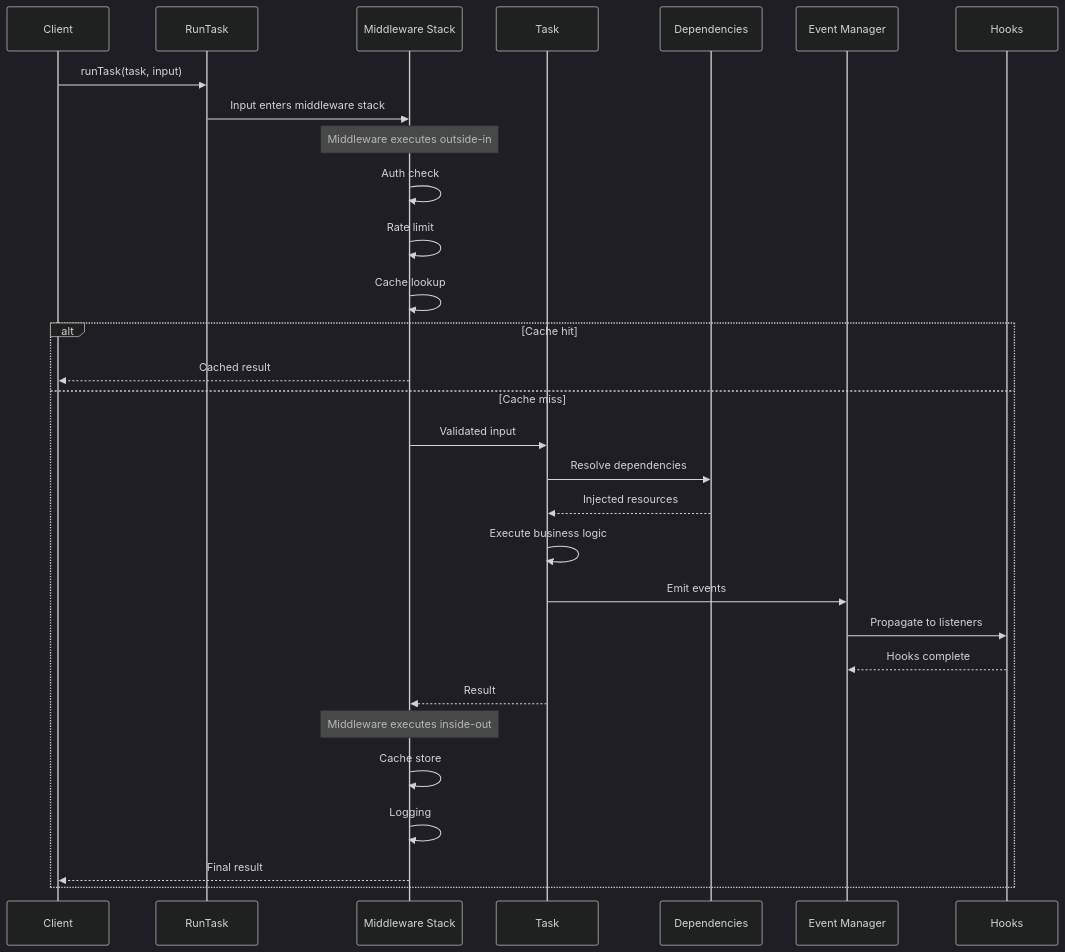
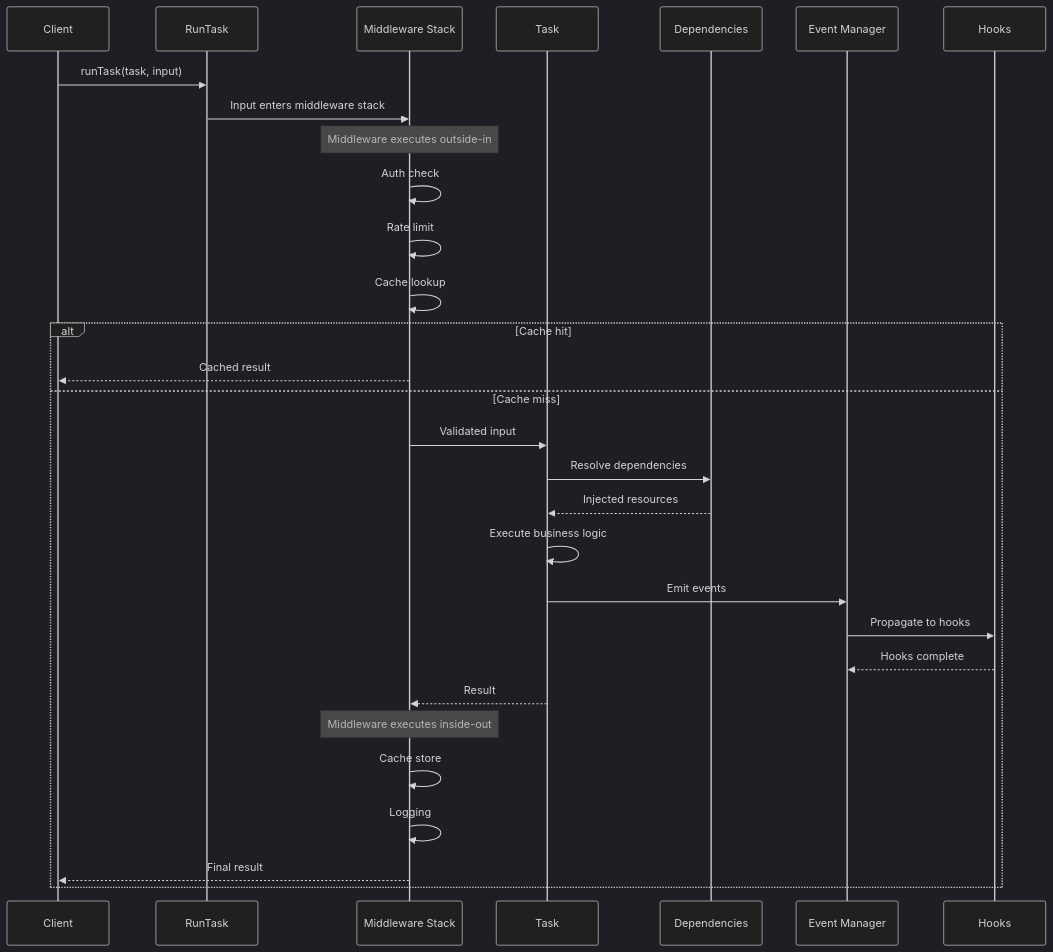
The first of 3 diagrams in guide-units/10-deep-dives.md (bluelibs/runner), drawn with Mermaid (dark theme) before and after one commit. The commit also changed other lines of this file and 13 other files, not shown here.

````diff
--- a/guide-units/10-deep-dives.md
+++ b/guide-units/10-deep-dives.md
@@ -11,36 +11,36 @@
 ```mermaid
 sequenceDiagram
     participant Client
     participant Runtime as RunTask
     participant MW as Middleware Stack
     participant Task
     participant Deps as Dependencies
     participant Event as Event Manager
     participant Hooks
 
     Client->>Runtime: runTask(task, input)
     Runtime->>MW: Input enters middleware stack
 
     Note over MW: Middleware executes outside-in
     MW->>MW: Auth check
     MW->>MW: Rate limit
     MW->>MW: Cache lookup
 
     alt Cache hit
         MW-->>Client: Cached result
     else Cache miss
         MW->>Task: Validated input
         Task->>Deps: Resolve dependencies
         Deps-->>Task: Injected resources
         Task->>Task: Execute business logic
         Task->>Event: Emit events
-        Event->>Hooks: Propagate to listeners
+        Event->>Hooks: Propagate to hooks
         Hooks-->>Event: Hooks complete
         Task-->>MW: Result
 
         Note over MW: Middleware executes inside-out
         MW->>MW: Cache store
         MW->>MW: Logging
         MW-->>Client: Final result
     end
 ```
````
